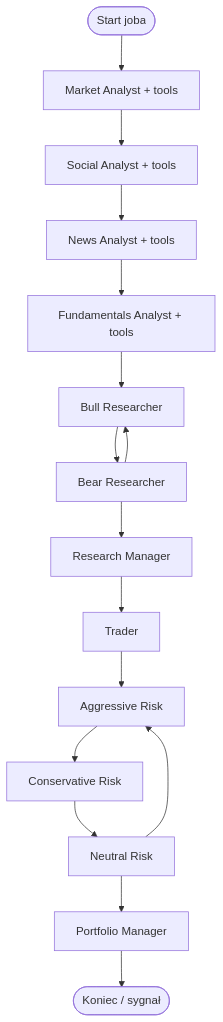
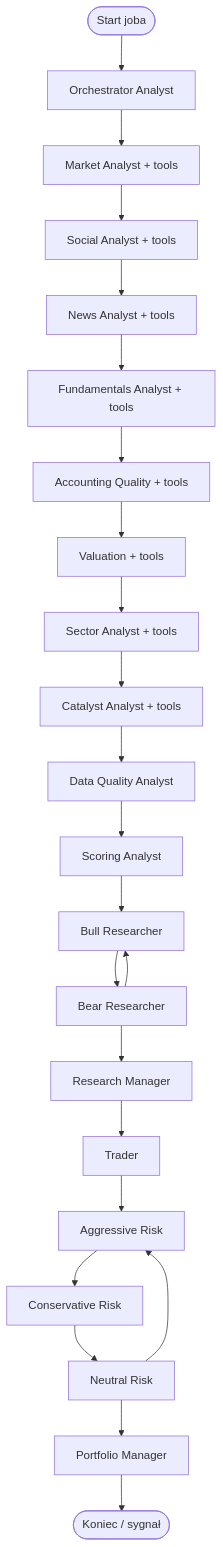
One commit to ZadbanoPaul/TradingAgents changed the diagram in docs/agents-process-bpmn-and-memory.md. Above: the diagram before and after it, drawn with Mermaid. The commit also changed other lines of this file and 37 other files, not shown here.

````diff
--- a/docs/agents-process-bpmn-and-memory.md
+++ b/docs/agents-process-bpmn-and-memory.md
@@ -56,18 +44,25 @@
 ```mermaid
 flowchart TB
-  START([Start joba]) --> A1[Market Analyst + tools]
+  START([Start joba]) --> O[Orchestrator Analyst]
+  O --> A1[Market Analyst + tools]
   A1 --> A2[Social Analyst + tools]
   A2 --> A3[News Analyst + tools]
   A3 --> A4[Fundamentals Analyst + tools]
-  A4 --> B[Bull Researcher]
+  A4 --> AQ[Accounting Quality + tools]
+  AQ --> V[Valuation + tools]
+  V --> SE[Sector Analyst + tools]
+  SE --> CA[Catalyst Analyst + tools]
+  CA --> DQ[Data Quality Analyst]
+  DQ --> SC[Scoring Analyst]
+  SC --> B[Bull Researcher]
   B --> C[Bear Researcher]
   C --> B
   C --> RM[Research Manager]
   RM --> T[Trader]
   T --> R1[Aggressive Risk]
   R1 --> R2[Conservative Risk]
   R2 --> R3[Neutral Risk]
   R3 --> R1
   R3 --> PM[Portfolio Manager]
   PM --> END([Koniec / sygnał])
 ```
````
